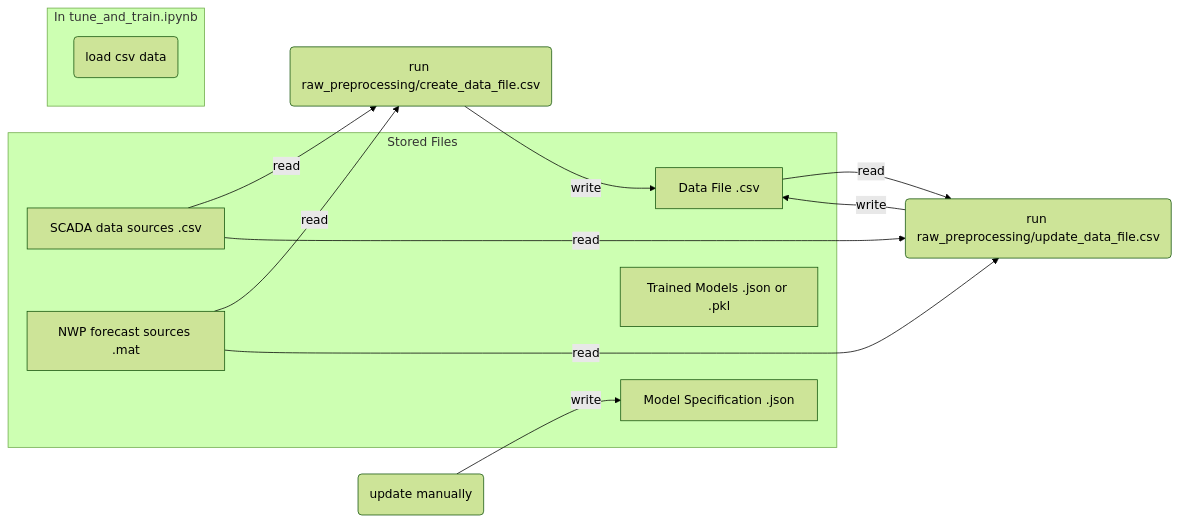
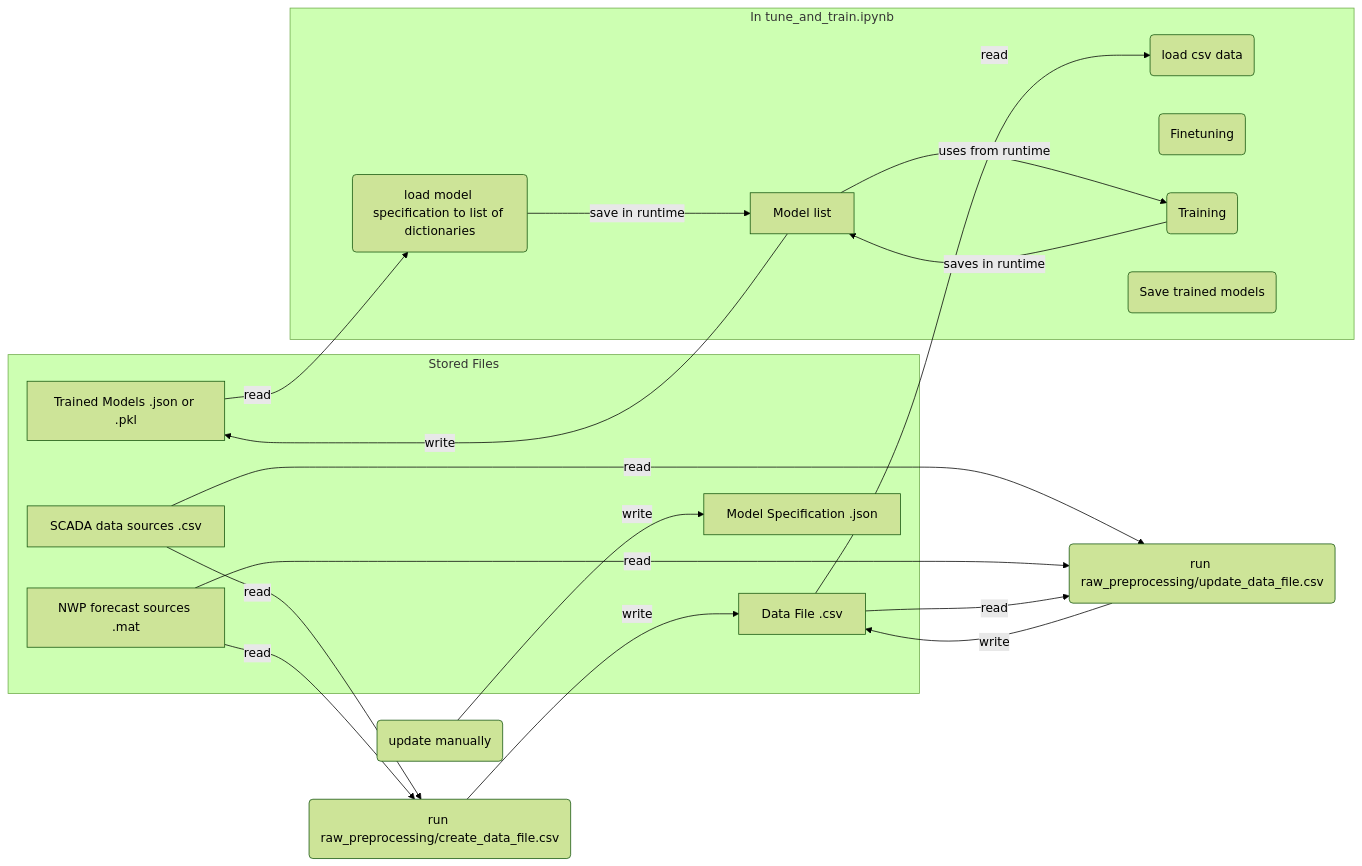
One commit to markusrupp/icing_flowshart changed the second of 2 diagrams in code_flow.md. Above: the diagram before and after it, drawn with Mermaid (forest theme).

````diff
--- a/code_flow.md
+++ b/code_flow.md
@@ -17,22 +17,34 @@
 ```mermaid
 flowchart LR
     subgraph Stored Files
         CSV[Data File .csv]
         MS[Model Specification .json]
         MF[Trained Models .json or .pkl]
         SCADA[SCADA data sources .csv]
         NWP[NWP forecast sources .mat]
     end
     subgraph In tune_and_train.ipynb
         LCSV(load csv data)
+        LMF(load model specification to list of dictionaries)
+        FT(Finetuning)
+        TR(Training)
+        STR(Save trained models)
+        LFR[Model list]
     end
+
 
 SCADA -->|read| CCSV
 SCADA -->|read| UCSV
 NWP -->|read| CCSV
 NWP -->|read| UCSV
 CCSV(run raw_preprocessing/create_data_file.csv) -->|write| CSV
 UCSV(run raw_preprocessing/update_data_file.csv) -->|write| CSV
 CSV -->|read| UCSV
 UMS(update manually) -->|write| MS
+CSV -->|read| LCSV
+MF -->|read| LMF
+LMF -->|save in runtime| LFR
+LFR -->|uses from runtime| TR
+TR -->|saves in runtime| LFR
+LFR -->|write| MF
 ```
````
